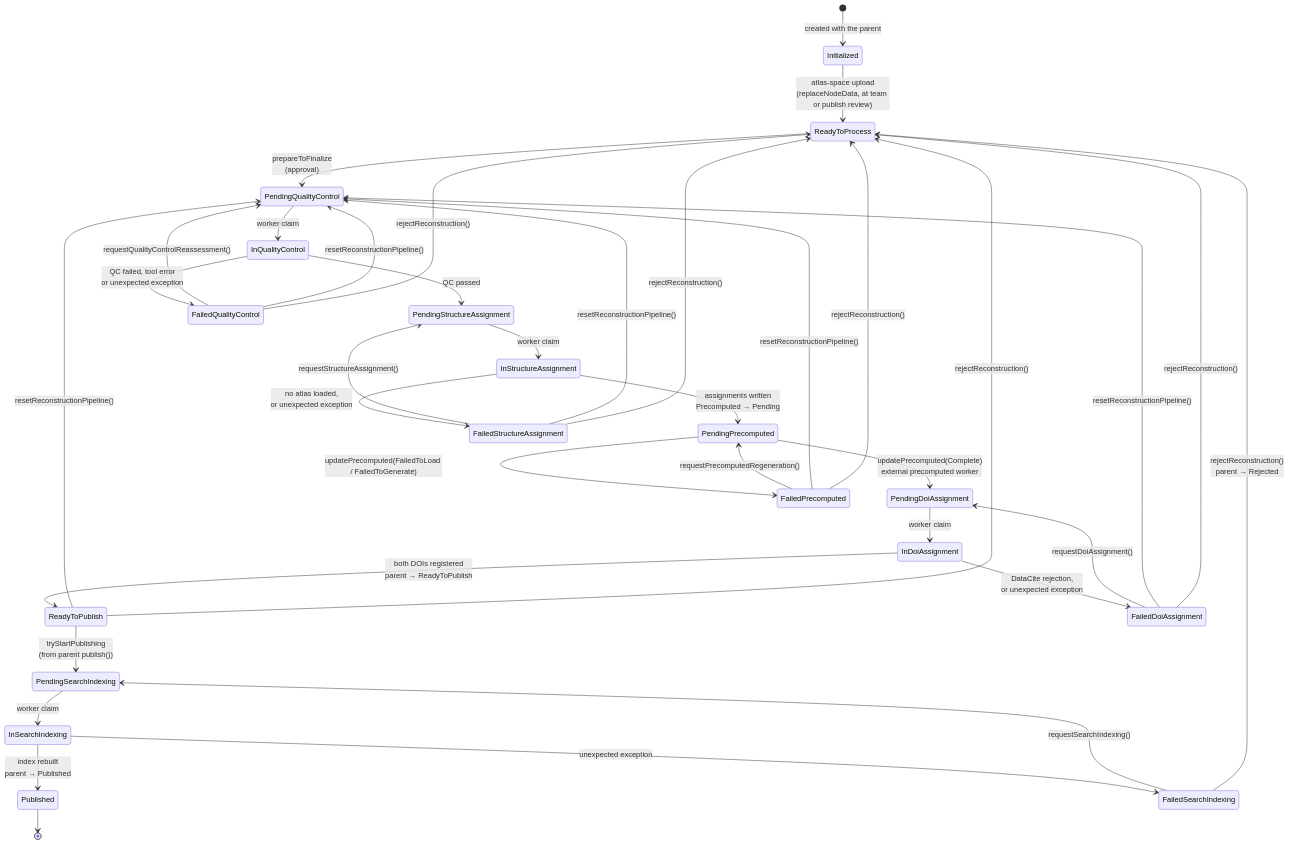
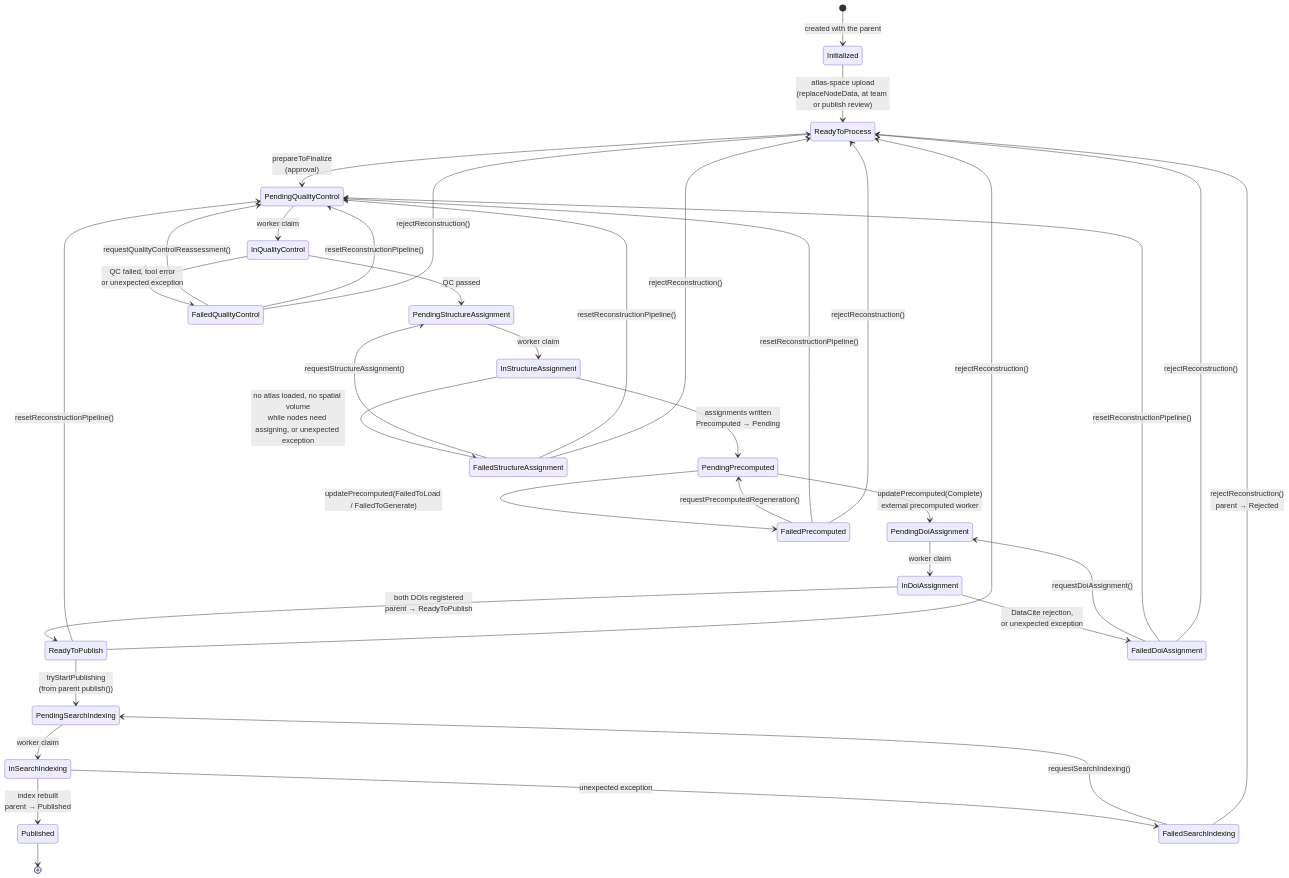
Before and after one commit to AllenNeuralDynamics/nmcp-api: the seventh of 8 diagrams in doc/publish-workflow.md, drawn with Mermaid. The commit also changed other lines of this file and 35 other files, not shown here.

````diff
--- a/doc/publish-workflow.md
+++ b/doc/publish-workflow.md
@@ -683,48 +684,48 @@
 ```mermaid
 stateDiagram-v2
     direction TB
     [*] --> Initialized: created with the parent
 
     Initialized --> ReadyToProcess: atlas-space upload<br/>(replaceNodeData, at team or publish review)
     ReadyToProcess --> PendingQualityControl: prepareToFinalize<br/>(approval)
 
     PendingQualityControl --> InQualityControl: worker claim
     InQualityControl --> PendingStructureAssignment: QC passed
     InQualityControl --> FailedQualityControl: QC failed, tool error<br/>or unexpected exception
     FailedQualityControl --> PendingQualityControl: requestQualityControlReassessment()
 
     PendingStructureAssignment --> InStructureAssignment: worker claim
     InStructureAssignment --> PendingPrecomputed: assignments written<br/>Precomputed → Pending
-    InStructureAssignment --> FailedStructureAssignment: no atlas loaded,<br/>or unexpected exception
+    InStructureAssignment --> FailedStructureAssignment: no atlas loaded, no spatial volume<br/>while nodes need assigning, or unexpected exception
     FailedStructureAssignment --> PendingStructureAssignment: requestStructureAssignment()
 
     PendingPrecomputed --> PendingDoiAssignment: updatePrecomputed(Complete)<br/>external precomputed worker
     PendingPrecomputed --> FailedPrecomputed: updatePrecomputed(FailedToLoad / FailedToGenerate)
     FailedPrecomputed --> PendingPrecomputed: requestPrecomputedRegeneration()
 
     PendingDoiAssignment --> InDoiAssignment: worker claim
     InDoiAssignment --> ReadyToPublish: both DOIs registered<br/>parent → ReadyToPublish
     InDoiAssignment --> FailedDoiAssignment: DataCite rejection,<br/>or unexpected exception
     FailedDoiAssignment --> PendingDoiAssignment: requestDoiAssignment()
 
     ReadyToPublish --> PendingSearchIndexing: tryStartPublishing<br/>(from parent publish())
     PendingSearchIndexing --> InSearchIndexing: worker claim
     InSearchIndexing --> Published: index rebuilt<br/>parent → Published
     InSearchIndexing --> FailedSearchIndexing: unexpected exception
     FailedSearchIndexing --> PendingSearchIndexing: requestSearchIndexing()
 
     FailedQualityControl --> PendingQualityControl: resetReconstructionPipeline()
     FailedStructureAssignment --> PendingQualityControl: resetReconstructionPipeline()
     FailedPrecomputed --> PendingQualityControl: resetReconstructionPipeline()
     FailedDoiAssignment --> PendingQualityControl: resetReconstructionPipeline()
     ReadyToPublish --> PendingQualityControl: resetReconstructionPipeline()
 
     FailedQualityControl --> ReadyToProcess: rejectReconstruction()
     FailedStructureAssignment --> ReadyToProcess: rejectReconstruction()
     FailedPrecomputed --> ReadyToProcess: rejectReconstruction()
     FailedDoiAssignment --> ReadyToProcess: rejectReconstruction()
     ReadyToPublish --> ReadyToProcess: rejectReconstruction()
     FailedSearchIndexing --> ReadyToProcess: rejectReconstruction()<br/>parent → Rejected
 
     Published --> [*]
 ```
````
